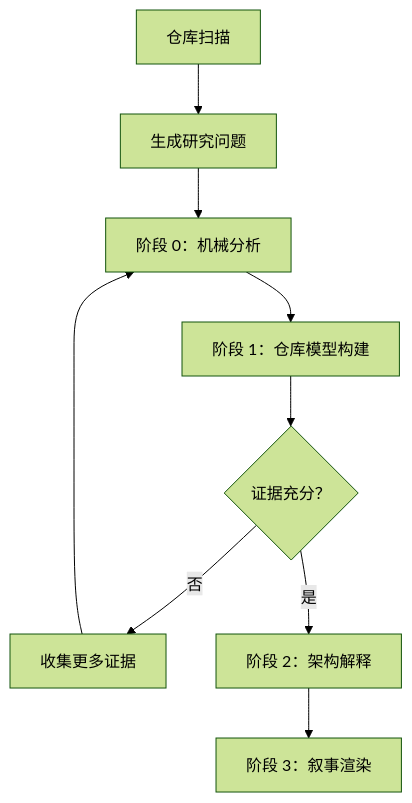
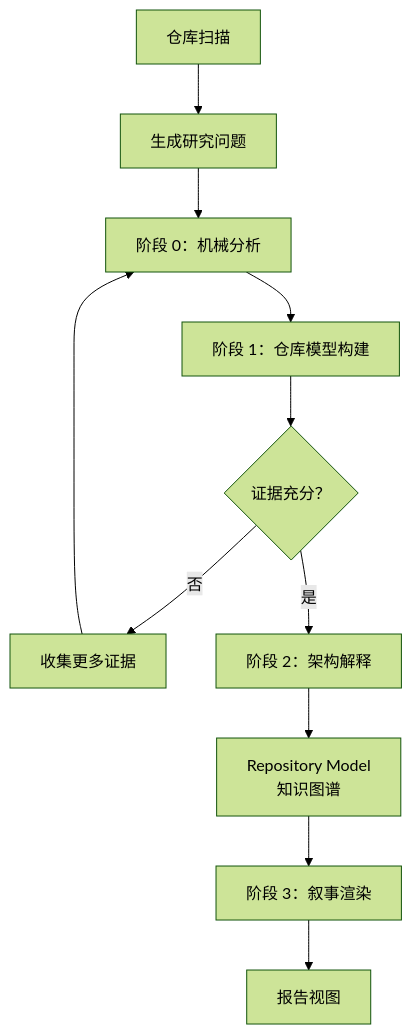
Before and after one commit to devweekly/devweekly.github.io: the second of 5 diagrams in .trae/skills/repo-research-v2/SKILL.md, drawn with Mermaid (forest theme). The commit also changed other lines of this file and 2 other files, not shown here.

````diff
--- a/.trae/skills/repo-research-v2/SKILL.md
+++ b/.trae/skills/repo-research-v2/SKILL.md
@@ -66,11 +90,13 @@
 ```mermaid
 flowchart TD
     A[仓库扫描] --> B[生成研究问题]
     B --> C[阶段 0：机械分析]
     C --> D[阶段 1：仓库模型构建]
     D --> E{证据充分？}
     E -- 否 --> F[收集更多证据]
     F --> C
     E -- 是 --> G[阶段 2：架构解释]
-    G --> H[阶段 3：叙事渲染]
+    G --> I[Repository Model<br/>知识图谱]
+    I --> H[阶段 3：叙事渲染]
+    H --> J[报告视图]
 ```
````
